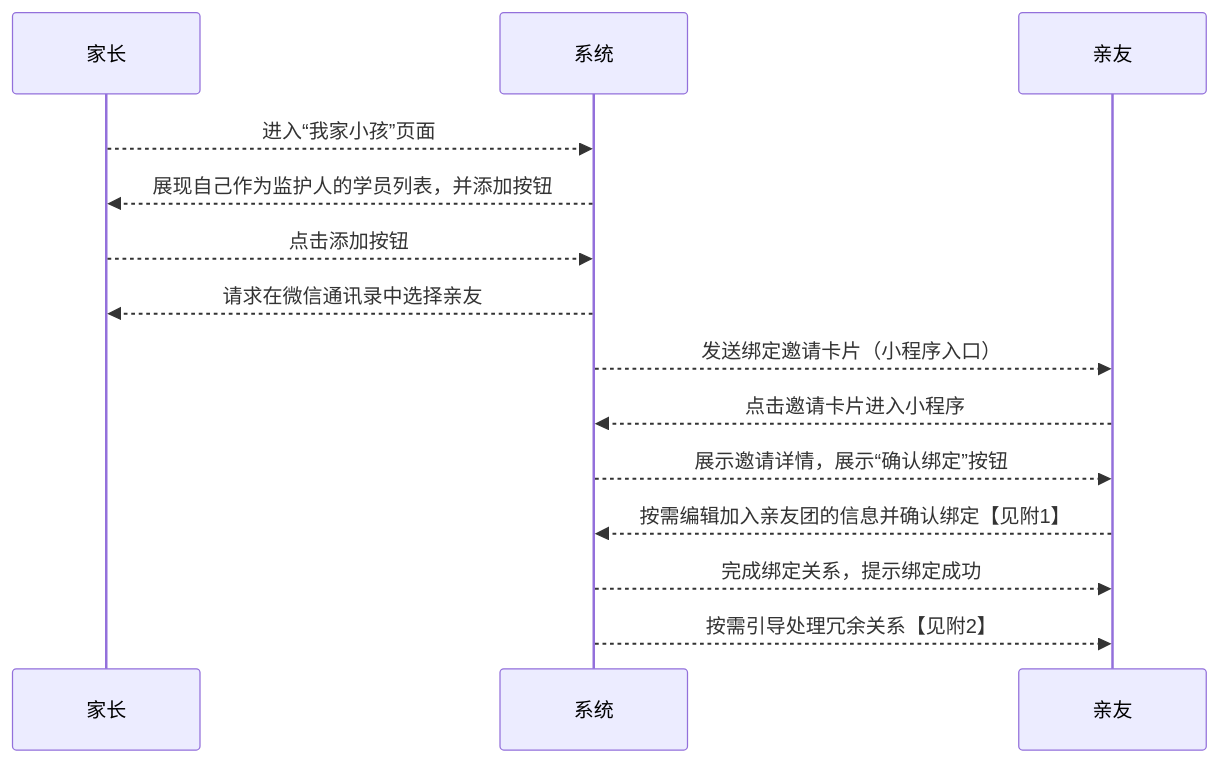
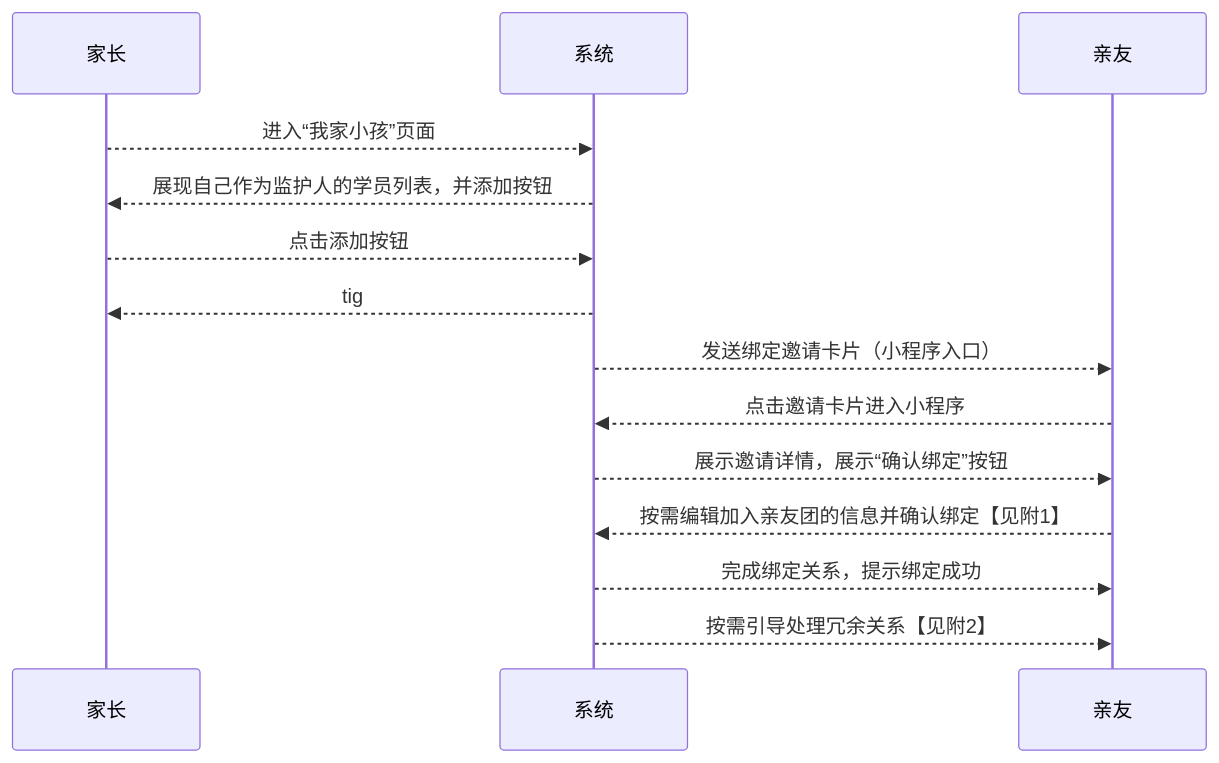
One commit to world-wide-web/sign changed the second of 2 diagrams in 用例/家长-学员关系绑定.md. Above: the diagram before and after it, drawn with Mermaid. The commit also changed other lines of this file, not shown here.

````diff
--- a/用例/家长-学员关系绑定.md
+++ b/用例/家长-学员关系绑定.md
@@ -41,24 +41,24 @@
 ```mermaid
 sequenceDiagram
 
 家长-->>系统: 进入“我家小孩”页面
 
 系统-->>家长: 展现自己作为监护人的学员列表，并添加按钮
 
 家长-->>系统: 点击添加按钮
 
-系统-->>家长: 请求在微信通讯录中选择亲友
+系统-->>家长: tig
 
 系统-->>亲友: 发送绑定邀请卡片（小程序入口）
 
 亲友-->>系统: 点击邀请卡片进入小程序
 
 系统-->>亲友: 展示邀请详情，展示“确认绑定”按钮
 
 亲友-->>系统: 按需编辑加入亲友团的信息并确认绑定【见附1】
 
 系统-->>亲友: 完成绑定关系，提示绑定成功
 
 系统-->>亲友: 按需引导处理冗余关系【见附2】
 
 ```
````
